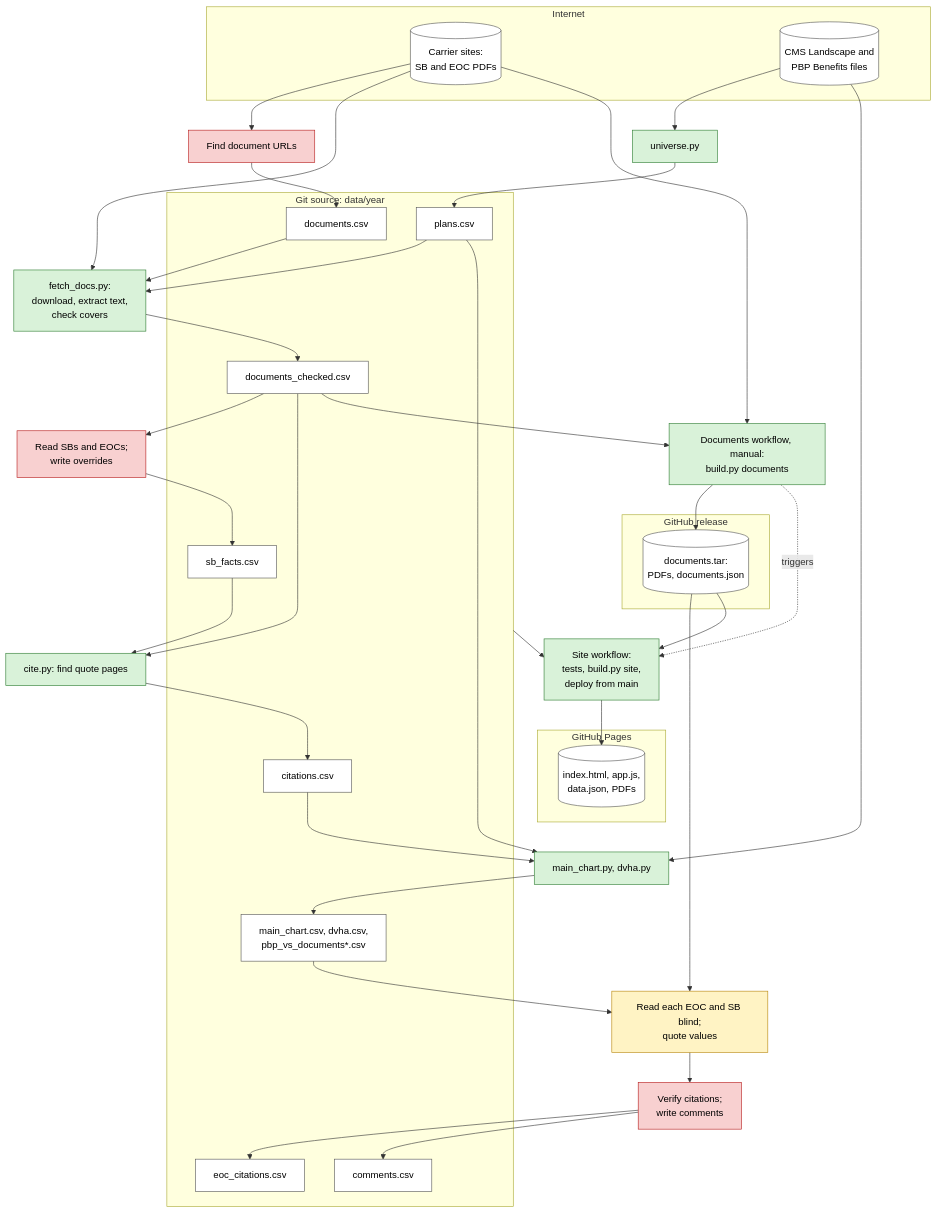
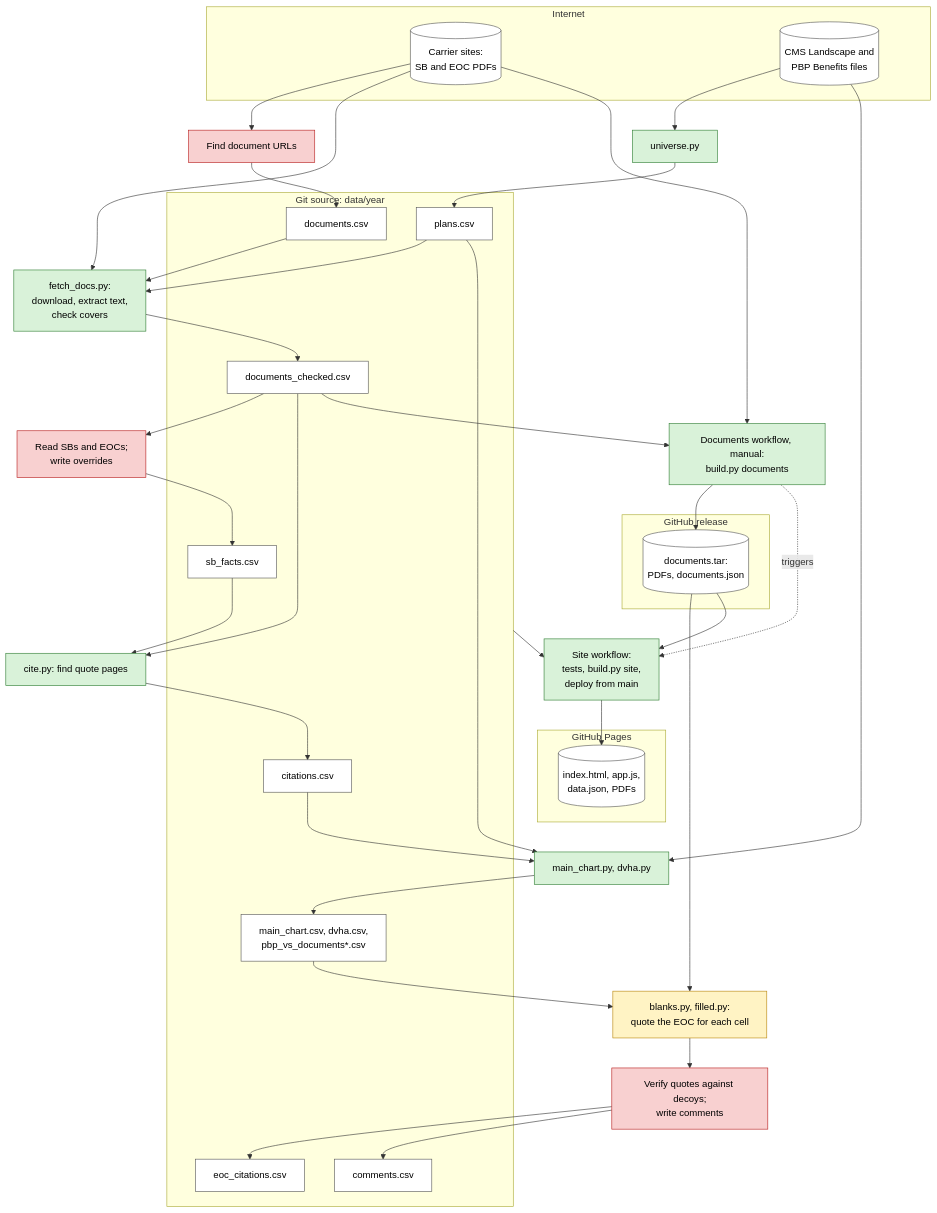
The diagram in docs/pipeline.md (rosenhouse-bot-sandbox/shiba-data), drawn with Mermaid before and after one commit. The commit also changed other lines of this file and 5 other files, not shown here.

First line of the commit message:
Add filled.py to cite EOC quotes for filled cells

````diff
--- a/docs/pipeline.md
+++ b/docs/pipeline.md
@@ -3,59 +3,59 @@
 ```mermaid
 flowchart TB
   classDef det fill:#d9f2d9,stroke:#2e7d32,color:#000
   classDef cheap fill:#fff3c4,stroke:#b8860b,color:#000
   classDef heavy fill:#f8d0d0,stroke:#b71c1c,color:#000
   classDef state fill:#fff,stroke:#555,color:#000
 
   subgraph external [Internet]
     carriers[(Carrier sites:<br>SB and EOC PDFs)]:::state
     cms[(CMS Landscape and<br>PBP Benefits files)]:::state
   end
 
   subgraph git [Git source: data/year]
     documents[documents.csv]:::state
     plans[plans.csv]:::state
     checked[documents_checked.csv]:::state
     facts[sb_facts.csv]:::state
     citations[citations.csv]:::state
     sheets[main_chart.csv, dvha.csv,<br>pbp_vs_documents*.csv]:::state
     eoccites[eoc_citations.csv]:::state
     comments[comments.csv]:::state
   end
 
   subgraph release [GitHub release]
     tar[(documents.tar:<br>PDFs, documents.json)]:::state
   end
 
   subgraph web [GitHub Pages]
     site[(index.html, app.js,<br>data.json, PDFs)]:::state
   end
 
   findurls[Find document URLs]:::heavy
   universe[universe.py]:::det
   fetch[fetch_docs.py:<br>download, extract text,<br>check covers]:::det
   review[Read SBs and EOCs;<br>write overrides]:::heavy
   cite[cite.py: find quote pages]:::det
   gen[main_chart.py, dvha.py]:::det
 
   carriers --> findurls --> documents
   cms --> universe --> plans
   documents & plans --> fetch --> checked
   carriers --> fetch
   checked --> review --> facts
   facts & checked --> cite --> citations
   cms & plans & citations --> gen --> sheets
 
-  extract[Read each EOC and SB blind;<br>quote values]:::cheap
-  verify[Verify citations;<br>write comments]:::heavy
+  extract[blanks.py, filled.py:<br>quote the EOC for each cell]:::cheap
+  verify[Verify quotes against decoys;<br>write comments]:::heavy
 
   tar & sheets --> extract --> verify --> eoccites & comments
 
   docwf[Documents workflow, manual:<br>build.py documents]:::det
   sitewf[Site workflow:<br>tests, build.py site,<br>deploy from main]:::det
 
   checked --> docwf
   carriers --> docwf --> tar
   docwf -. triggers .-> sitewf
   tar & git --> sitewf --> site
 ```
````
